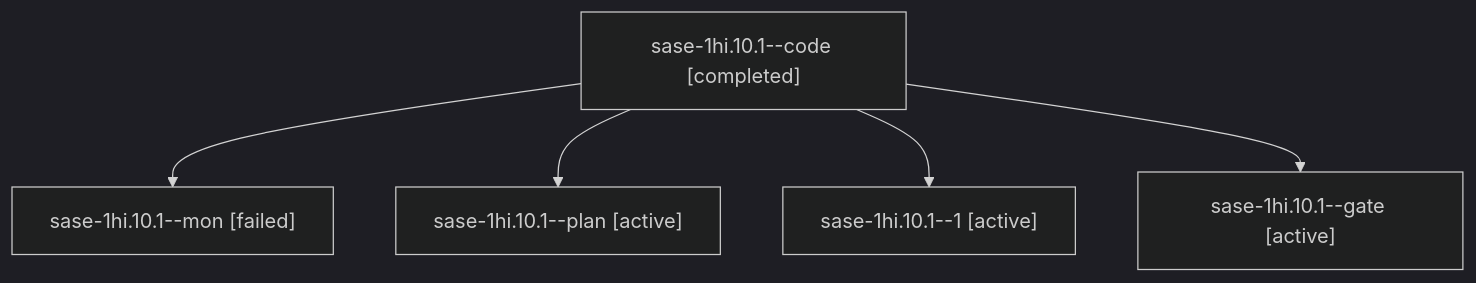
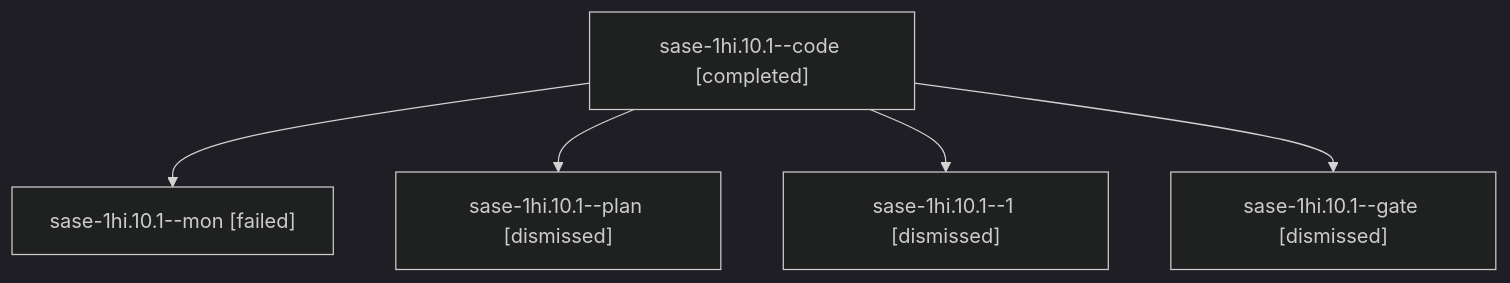
Before and after one commit to sase-org/sase--agents: the diagram in sessions/bbugyi200.apollo.sase-1hi.10.1.md, drawn with Mermaid (dark theme). The commit also changed other lines of this file and 231 other files, not shown here.

````diff
--- a/sessions/bbugyi200.apollo.sase-1hi.10.1.md
+++ b/sessions/bbugyi200.apollo.sase-1hi.10.1.md
@@ -9,12 +9,12 @@
 ```mermaid
 flowchart TD
   n0["sase-1hi.10.1--code [completed]"]
   n1["sase-1hi.10.1--mon [failed]"]
   n0 --> n1
-  n2["sase-1hi.10.1--plan [active]"]
+  n2["sase-1hi.10.1--plan [dismissed]"]
   n0 --> n2
-  n3["sase-1hi.10.1--1 [active]"]
+  n3["sase-1hi.10.1--1 [dismissed]"]
   n0 --> n3
-  n4["sase-1hi.10.1--gate [active]"]
+  n4["sase-1hi.10.1--gate [dismissed]"]
   n0 --> n4
 ```
````
